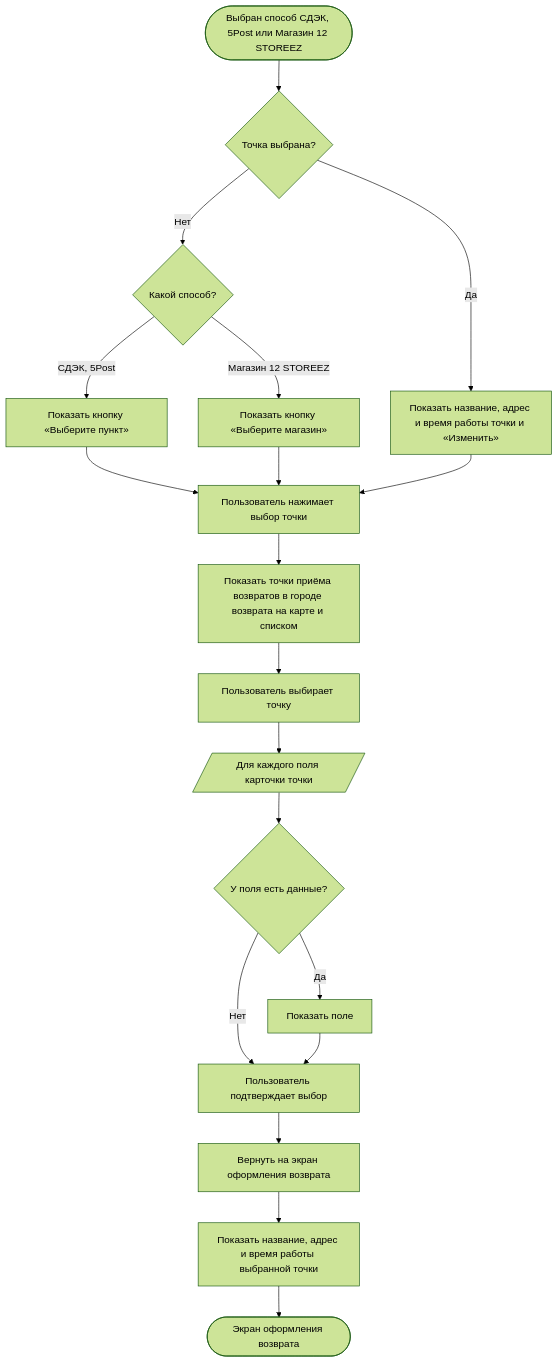
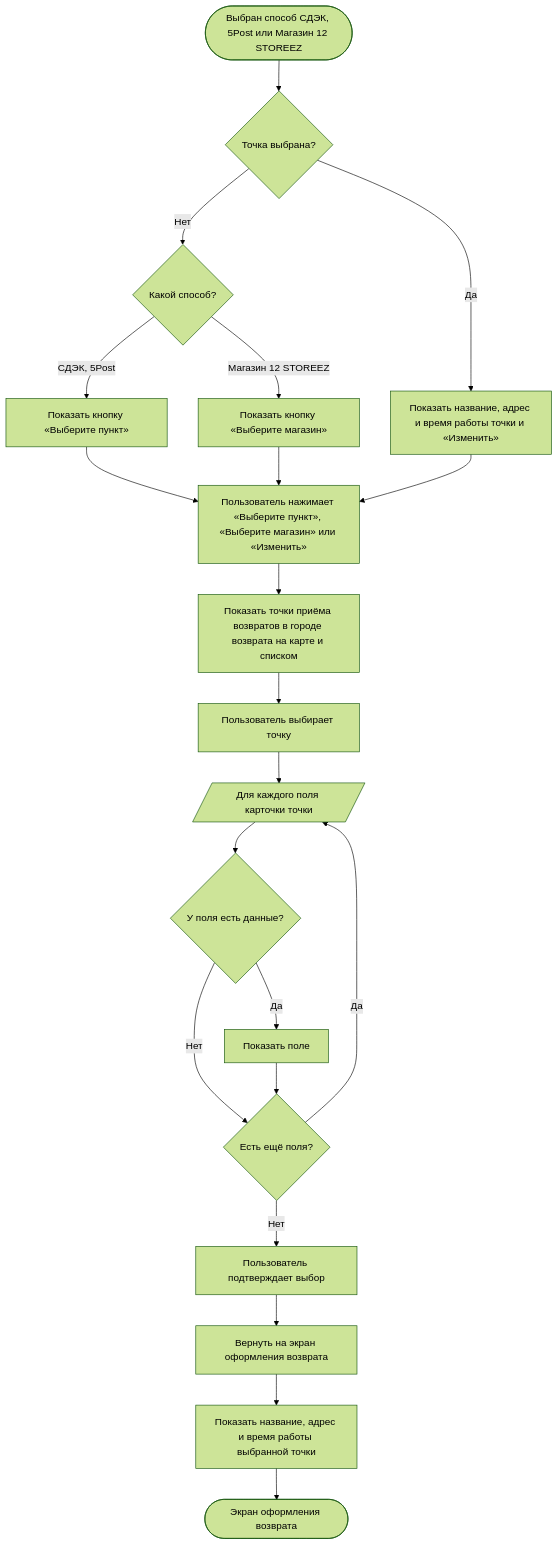
Before and after one commit to Terinss155/opencode-agents-analysis: diagram 12 of 21 in projects/returns-2.0/requirements/srs/srs-mobile-mvp.md, drawn with Mermaid (forest theme). The commit also changed other lines of this file and 4 other files, not shown here.

````diff
--- a/projects/returns-2.0/requirements/srs/srs-mobile-mvp.md
+++ b/projects/returns-2.0/requirements/srs/srs-mobile-mvp.md
@@ -683,21 +707,23 @@
 ```mermaid
 flowchart TD
     S([Выбран способ СДЭК, 5Post или Магазин 12 STOREEZ]) --> A{"Точка выбрана?"}
     A -->|Нет| A1{"Какой способ?"}
     A1 -->|СДЭК, 5Post| A2["Показать кнопку «Выберите пункт»"]
     A1 -->|Магазин 12 STOREEZ| A3["Показать кнопку «Выберите магазин»"]
     A -->|Да| A4["Показать название, адрес и время работы точки и «Изменить»"]
-    A2 --> B["Пользователь нажимает выбор точки"]
+    A2 --> B["Пользователь нажимает «Выберите пункт», «Выберите магазин» или «Изменить»"]
     A3 --> B
     A4 --> B
     B --> D["Показать точки приёма возвратов в городе возврата на карте и списком"]
     D --> E["Пользователь выбирает точку"]
     E --> P[/"Для каждого поля карточки точки"/]
     P --> G1{"У поля есть данные?"}
     G1 -->|Да| G2["Показать поле"]
-    G1 -->|Нет| H
-    G2 --> H["Пользователь подтверждает выбор"]
+    G1 -->|Нет| G3
+    G2 --> G3{"Есть ещё поля?"}
+    G3 -->|Да| P
+    G3 -->|Нет| H["Пользователь подтверждает выбор"]
     H --> I["Вернуть на экран оформления возврата"]
     I --> I1["Показать название, адрес и время работы выбранной точки"]
     I1 --> Z([Экран оформления возврата])
 ```
````
